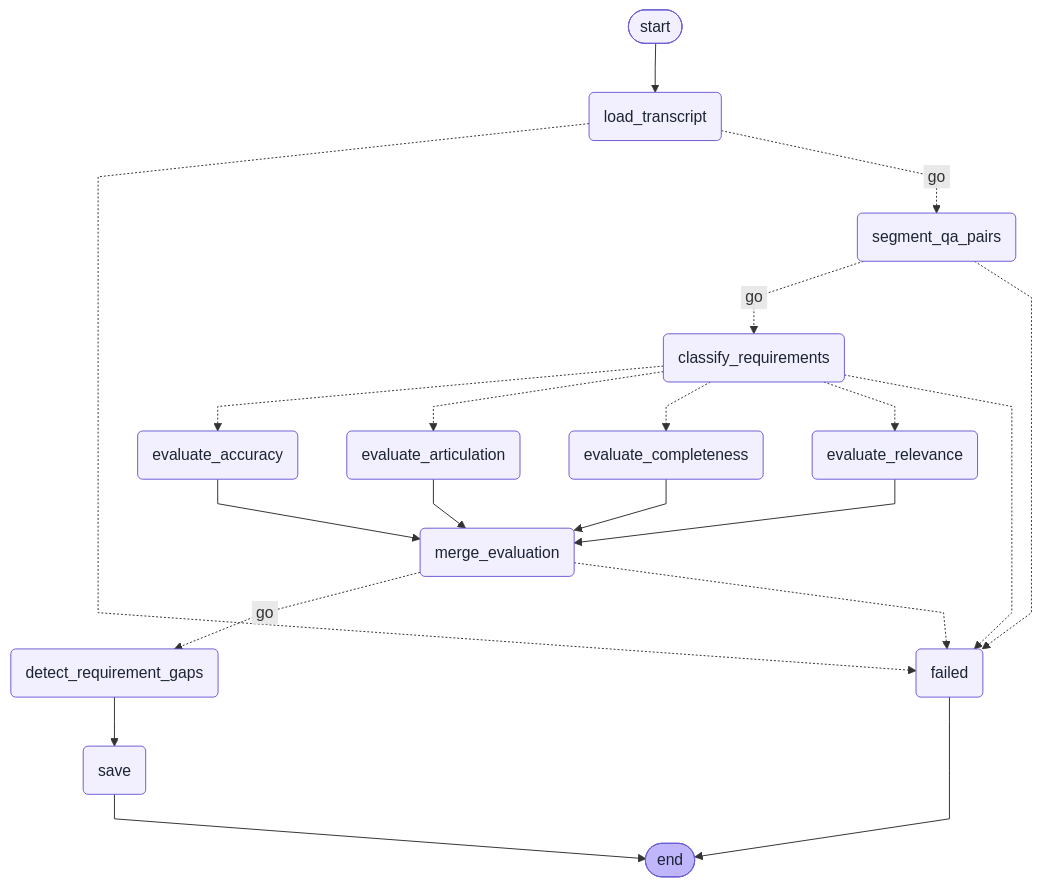
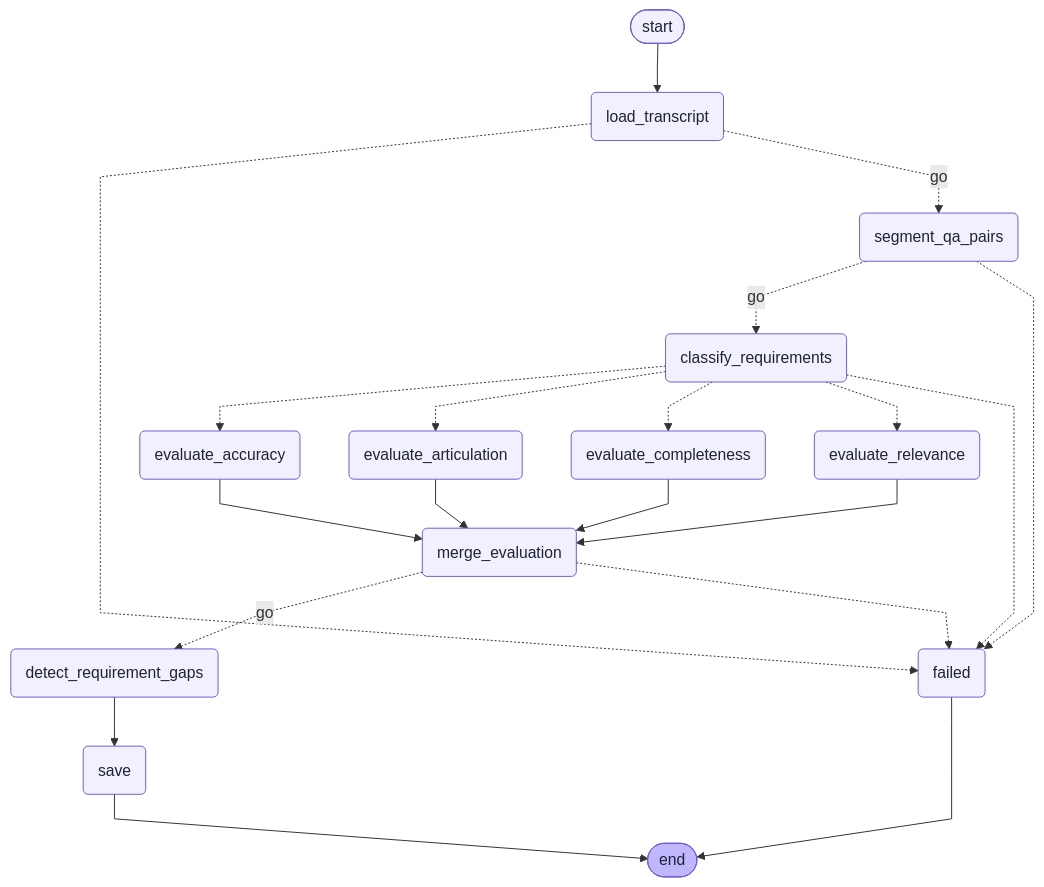
The fifth of 9 diagrams in docs/architecture/LumenAI_Workflows_From_Code.md (AKSShan10/LumenAi), drawn with Mermaid before and after one commit. The commit also changed other lines of this file and 1 other file, not shown here.

First line of the commit message:
fix(docs): show plain labels in workflow diagrams

````diff
--- a/docs/architecture/LumenAI_Workflows_From_Code.md
+++ b/docs/architecture/LumenAI_Workflows_From_Code.md
@@ -166,43 +166,43 @@
 ```mermaid
 ---
 config:
   flowchart:
     curve: linear
 ---
 graph TD;
 	__start__([start]):::first
 	load_transcript(load_transcript)
 	segment_qa_pairs(segment_qa_pairs)
 	classify_requirements(classify_requirements)
 	evaluate_relevance(evaluate_relevance)
 	evaluate_accuracy(evaluate_accuracy)
 	evaluate_completeness(evaluate_completeness)
 	evaluate_articulation(evaluate_articulation)
 	merge_evaluation(merge_evaluation)
 	detect_requirement_gaps(detect_requirement_gaps)
 	save(save)
 	failed(failed)
 	__end__([end]):::last
 	__start__ --> load_transcript;
 	classify_requirements -.-> evaluate_accuracy;
 	classify_requirements -.-> evaluate_articulation;
 	classify_requirements -.-> evaluate_completeness;
 	classify_requirements -.-> evaluate_relevance;
 	classify_requirements -.-> failed;
 	detect_requirement_gaps --> save;
 	evaluate_accuracy --> merge_evaluation;
 	evaluate_articulation --> merge_evaluation;
 	evaluate_completeness --> merge_evaluation;
 	evaluate_relevance --> merge_evaluation;
 	load_transcript -.-> failed;
-	load_transcript -. &nbsp;go&nbsp; .-> segment_qa_pairs;
-	merge_evaluation -. &nbsp;go&nbsp; .-> detect_requirement_gaps;
+	load_transcript -. go .-> segment_qa_pairs;
+	merge_evaluation -. go .-> detect_requirement_gaps;
 	merge_evaluation -.-> failed;
-	segment_qa_pairs -. &nbsp;go&nbsp; .-> classify_requirements;
+	segment_qa_pairs -. go .-> classify_requirements;
 	segment_qa_pairs -.-> failed;
 	failed --> __end__;
 	save --> __end__;
 	classDef default fill:#f2f0ff,stroke:#6b5fd6,color:#1c2434,line-height:1.2
 	classDef first fill:#f2f0ff,stroke:#6b5fd6,color:#1c2434
 	classDef last fill:#bfb6fc,stroke:#6b5fd6,color:#1c2434
 ```
````
